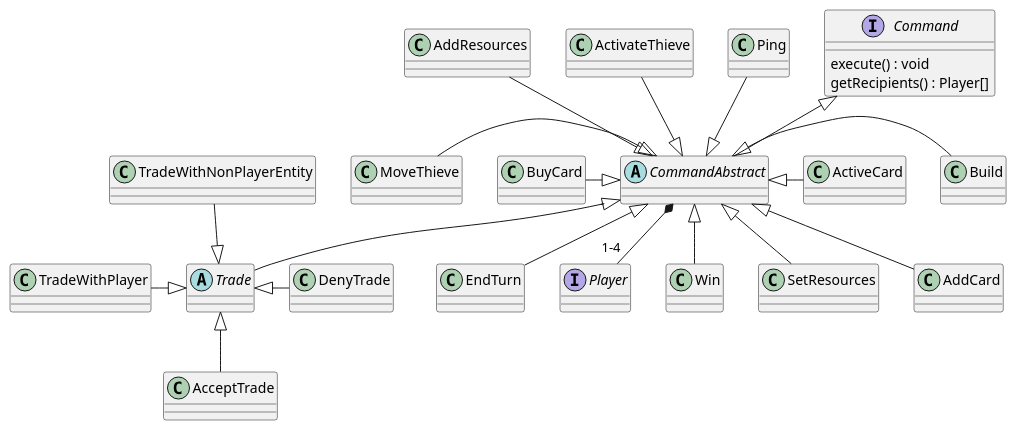
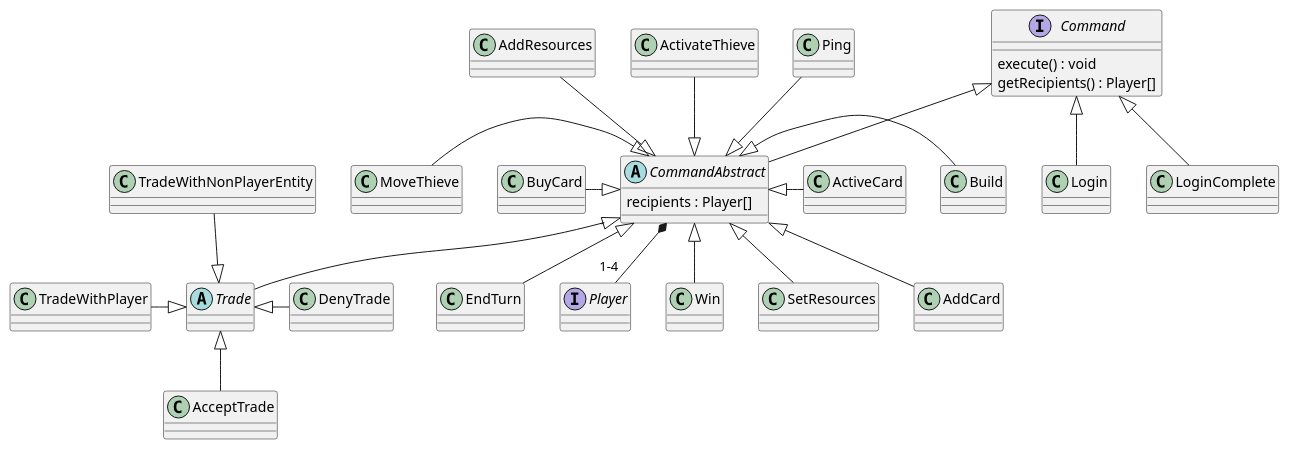
The diagram in catan-doc/modules/conception/pages/classDiagramCommands.adoc (theray1/Les-Colons-De-Catane), drawn with PlantUML before and after one commit. The commit also changed 3 other files, not shown here.

```diff
--- a/catan-doc/modules/conception/pages/classDiagramCommands.adoc
+++ b/catan-doc/modules/conception/pages/classDiagramCommands.adoc
@@ -1,50 +1,56 @@
 [plantuml]
 ....
 @startuml
   abstract Trade {}
-  abstract CommandAbstract{}
+  abstract CommandAbstract{
+  		recipients : Player[]
+  }
   class TradeWithPlayer {}
   class TradeWithNonPlayerEntity {}
   class AcceptTrade {}
   class DenyTrade {}
   class BuyCard {}
   class MoveThieve {}
   class Build {}
   class ActiveCard {}
   class Ping {}
   class ActivateThieve {}
   class Win {}
   class SetResources{}
   class AddResources{}
   class AddCard{}
   class EndTurn{}
+  class Login{}
+  class LoginComplete{}
   
   interface Player{}
   
   interface Command{
   	execute() : void
   	getRecipients() : Player[]
   }
   
   Trade <|-left- TradeWithPlayer
   Trade <|-up- TradeWithNonPlayerEntity
   Trade <|-down- AcceptTrade
   Trade <|-right- DenyTrade
   
   Command <|-down- CommandAbstract
+  Command <|-down- Login
+  Command <|-down- LoginComplete
   CommandAbstract <|-left- BuyCard
   CommandAbstract <|-left- MoveThieve
   CommandAbstract <|-right- Build
   CommandAbstract <|-right- ActiveCard
   CommandAbstract <|-up- Ping
   CommandAbstract <|-up- ActivateThieve
   CommandAbstract <|-up- AddResources
   CommandAbstract <|-down- AddCard
   CommandAbstract <|-down- Win
   CommandAbstract <|-down- SetResources
   CommandAbstract <|-- EndTurn
   CommandAbstract <|-- Trade
   
   CommandAbstract *-- "1-4" Player
 @enduml
 ....
```
